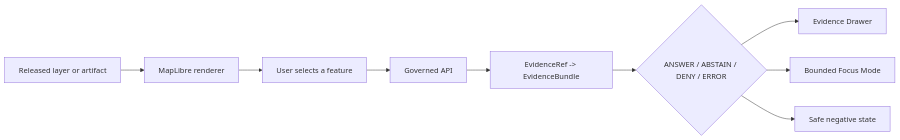
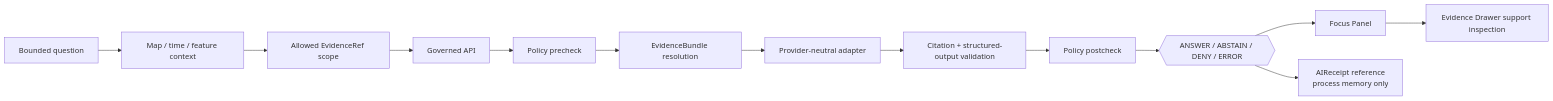
One commit to bartytime4life/Kansas-Frontier-Matrix changed the second of 2 diagrams in docs/wiki/Map-UI-and-AI.md. Above: the diagram before and after it, drawn with Mermaid. The commit also changed other lines of this file, not shown here.

Commit message:
docs(wiki): modernize map UI and AI guide

````diff
--- a/docs/wiki/Map-UI-and-AI.md
+++ b/docs/wiki/Map-UI-and-AI.md
@@ -17,11 +348,15 @@
 ```mermaid
 flowchart LR
-    A["Released layer or artifact"] --> B["MapLibre renderer"]
-    B --> C["User selects a feature"]
-    C --> D["Governed API"]
-    D --> E["EvidenceRef -> EvidenceBundle"]
-    E --> F{"ANSWER / ABSTAIN / DENY / ERROR"}
-    F --> G["Evidence Drawer"]
-    F --> H["Bounded Focus Mode"]
-    F --> I["Safe negative state"]
+    Q["Bounded question"] --> CTX["Map / time / feature context"]
+    CTX --> SCOPE["Allowed EvidenceRef scope"]
+    SCOPE --> API["Governed API"]
+    API --> PRE["Policy precheck"]
+    PRE --> BUNDLE["EvidenceBundle resolution"]
+    BUNDLE --> ADAPTER["Provider-neutral adapter"]
+    ADAPTER --> CITE["Citation + structured-output validation"]
+    CITE --> POST["Policy postcheck"]
+    POST --> ENV{{"ANSWER / ABSTAIN / DENY / ERROR"}}
+    ENV --> PANEL["Focus Panel"]
+    PANEL --> DRAWER["Evidence Drawer support inspection"]
+    ENV --> RECEIPT["AIReceipt reference<br/>process memory only"]
 ```
````
